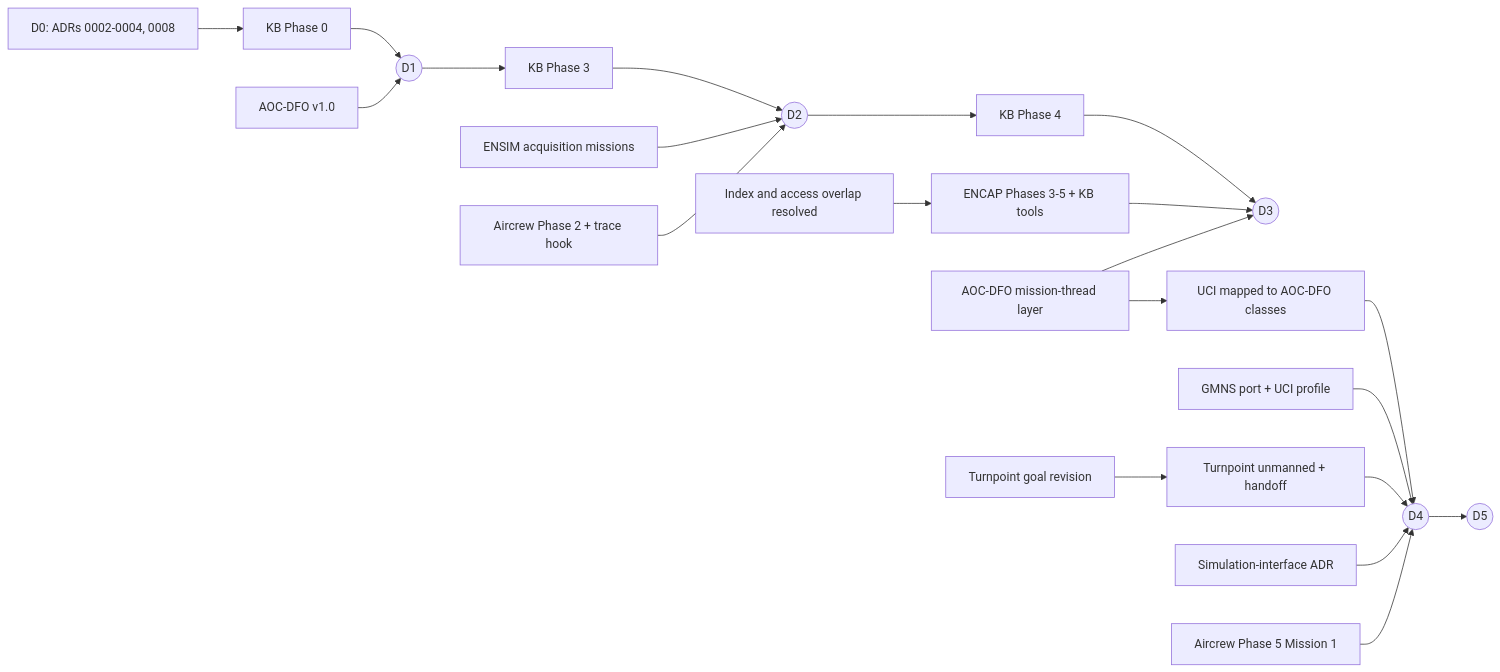
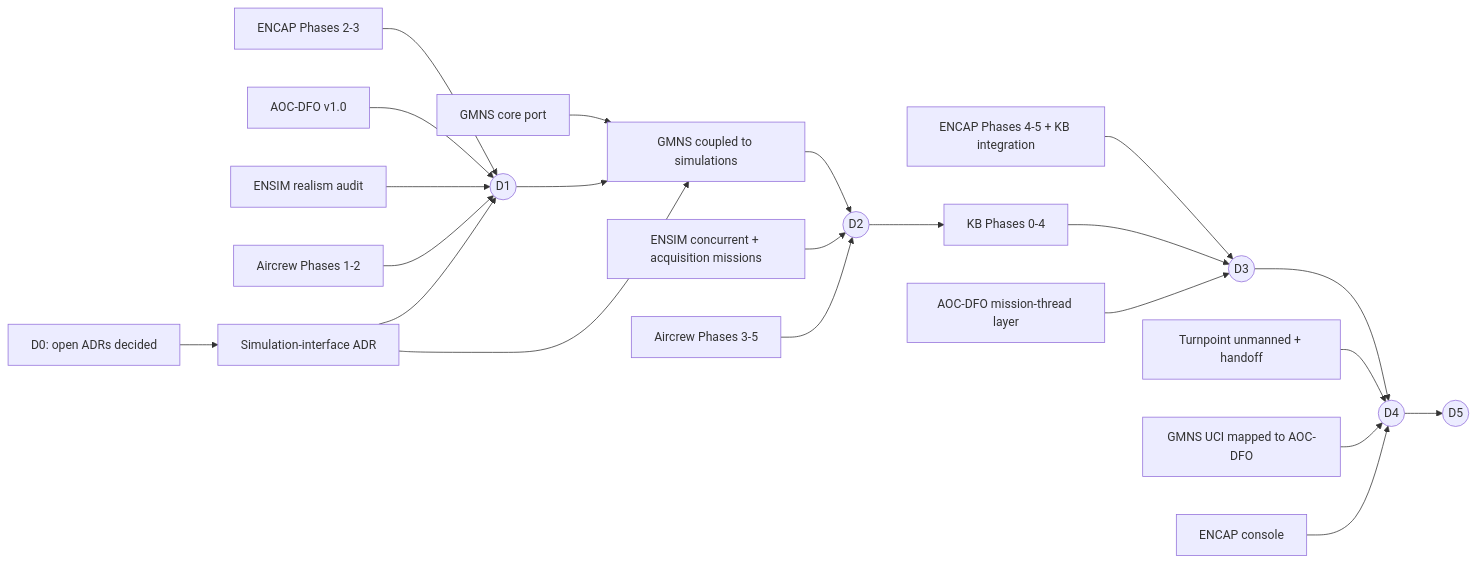
The second of 2 diagrams in docs/integrated-plan.md (semanticarchitectures/acquisition-knowledge-system), drawn with Mermaid before and after one commit. The commit also changed other lines of this file and 2 other files, not shown here.

First line of the commit message:
Re-sequence the integrated plan to the two-layer goal

````diff
--- a/docs/integrated-plan.md
+++ b/docs/integrated-plan.md
@@ -112,20 +130,24 @@
 ```mermaid
 flowchart LR
-  ADR[D0: ADRs 0002-0004, 0008] --> KB0[KB Phase 0]
-  KB0 --> D1((D1))
+  ADR[D0: open ADRs decided] --> SIM[Simulation-interface ADR]
+  EC3[ENCAP Phases 2-3] --> D1((D1))
   AO1[AOC-DFO v1.0] --> D1
-  D1 --> KB3[KB Phase 3]
-  EN[ENSIM acquisition missions] --> D2((D2))
-  AL2[Aircrew Phase 2 + trace hook] --> D2
-  KB3 --> D2
-  D2 --> KB4[KB Phase 4] --> D3((D3))
-  OVL[Index and access overlap resolved] --> ENC
-  ENC[ENCAP Phases 3-5 + KB tools] --> D3
+  EN0[ENSIM realism audit] --> D1
+  AL2[Aircrew Phases 1-2] --> D1
+  SIM --> D1
+  GP[GMNS core port] --> GMC[GMNS coupled to simulations]
+  D1 --> GMC
+  SIM --> GMC
+  GMC --> D2((D2))
+  EN3[ENSIM concurrent + acquisition missions] --> D2
+  AL5[Aircrew Phases 3-5] --> D2
+  D2 --> KB[KB Phases 0-4]
+  ENC[ENCAP Phases 4-5 + KB integration] --> D3((D3))
+  KB --> D3
   AO9[AOC-DFO mission-thread layer] --> D3
-  TPG[Turnpoint goal revision] --> TPU[Turnpoint unmanned + handoff] --> D4((D4))
-  GMP[GMNS port + UCI profile] --> D4
-  AO9 --> MAP[UCI mapped to AOC-DFO classes] --> D4
-  SIM[Simulation-interface ADR] --> D4
-  AL5[Aircrew Phase 5 Mission 1] --> D4
+  D3 --> D4((D4))
+  TP[Turnpoint unmanned + handoff] --> D4
+  UCI[GMNS UCI mapped to AOC-DFO] --> D4
+  EC6[ENCAP console] --> D4
   D4 --> D5((D5))
 ```
````
